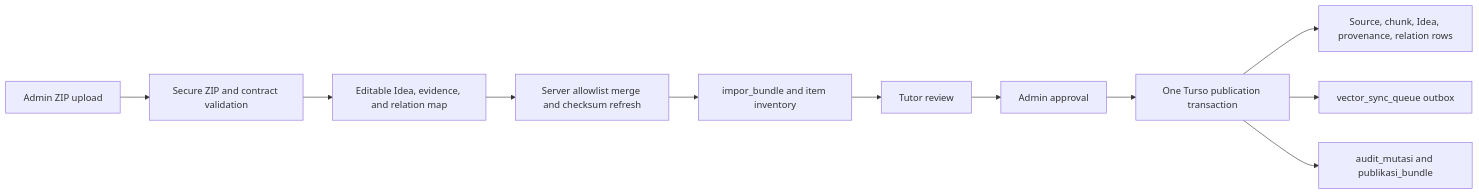
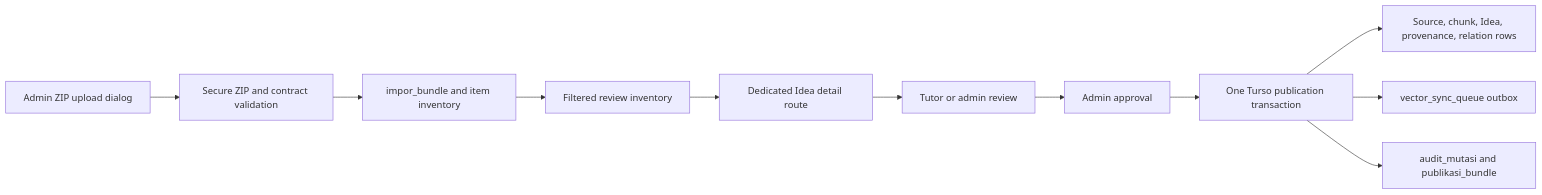
The second of 8 diagrams in docs/ARCHITECTURE.md (soezyxstt/zyxacademy), drawn with Mermaid before and after one commit. The commit also changed other lines of this file and 30 other files, not shown here.

First line of the commit message:
feat(admin): canonicalize question authoring and streamline review workflows

````diff
--- a/docs/ARCHITECTURE.md
+++ b/docs/ARCHITECTURE.md
@@ -164,13 +168,13 @@
 ```mermaid
 flowchart LR
-    U[Admin ZIP upload] --> V[Secure ZIP and contract validation]
-    V --> E[Editable Idea, evidence, and relation map]
-    E --> F[Server allowlist merge and checksum refresh]
-    F --> I[impor_bundle and item inventory]
-    I --> R[Tutor review]
+    U[Admin ZIP upload dialog] --> V[Secure ZIP and contract validation]
+    V --> I[impor_bundle and item inventory]
+    I --> L[Filtered review inventory]
+    L --> D[Dedicated Idea detail route]
+    D --> R[Tutor or admin review]
     R --> A[Admin approval]
     A --> P[One Turso publication transaction]
-    P --> D[Source, chunk, Idea, provenance, relation rows]
+    P --> M[Source, chunk, Idea, provenance, relation rows]
     P --> O[vector_sync_queue outbox]
     P --> X[audit_mutasi and publikasi_bundle]
 ```
````
